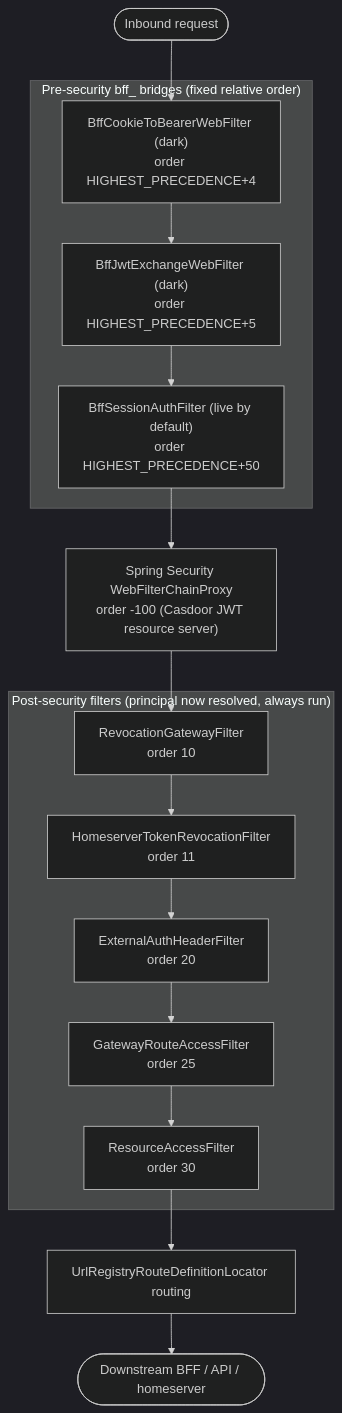
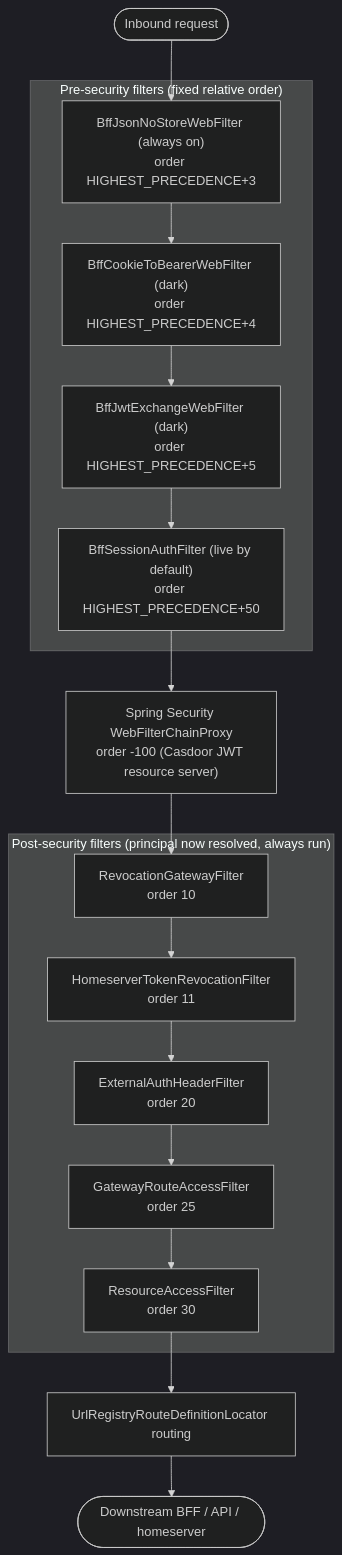
One commit to hugmesh/hugmesh.github.io changed the diagram in content/architecture/gateway.md. Above: the diagram before and after it, drawn with Mermaid (dark theme). The commit also changed other lines of this file and 166 other files, not shown here.

````diff
--- a/content/architecture/gateway.md
+++ b/content/architecture/gateway.md
@@ -125,35 +133,37 @@
 ```mermaid
 flowchart TD
     Req(["Inbound request"])
 
-    subgraph PreSecurity["Pre-security bff_ bridges (fixed relative order)"]
+    subgraph PreSecurity["Pre-security filters (fixed relative order)"]
+        BJN["BffJsonNoStoreWebFilter (always on)<br/>order HIGHEST_PRECEDENCE+3"]
         BCB["BffCookieToBearerWebFilter (dark)<br/>order HIGHEST_PRECEDENCE+4"]
         BJE["BffJwtExchangeWebFilter (dark)<br/>order HIGHEST_PRECEDENCE+5"]
         BSA["BffSessionAuthFilter (live by default)<br/>order HIGHEST_PRECEDENCE+50"]
     end
 
     Sec["Spring Security WebFilterChainProxy<br/>order -100 (Casdoor JWT resource server)"]
 
     subgraph PostSecurity["Post-security filters (principal now resolved, always run)"]
         RGF["RevocationGatewayFilter<br/>order 10"]
         HTR["HomeserverTokenRevocationFilter<br/>order 11"]
         EAH["ExternalAuthHeaderFilter<br/>order 20"]
         GRA["GatewayRouteAccessFilter<br/>order 25"]
         RAF["ResourceAccessFilter<br/>order 30"]
     end
 
     Route["UrlRegistryRouteDefinitionLocator routing"]
     Down(["Downstream BFF / API / homeserver"])
 
-    Req --> BCB
+    Req --> BJN
+    BJN --> BCB
     BCB --> BJE
     BJE --> BSA
     BSA --> Sec
     Sec --> RGF
     RGF --> HTR
     HTR --> EAH
     EAH --> GRA
     GRA --> RAF
     RAF --> Route
     Route --> Down
 ```
````
